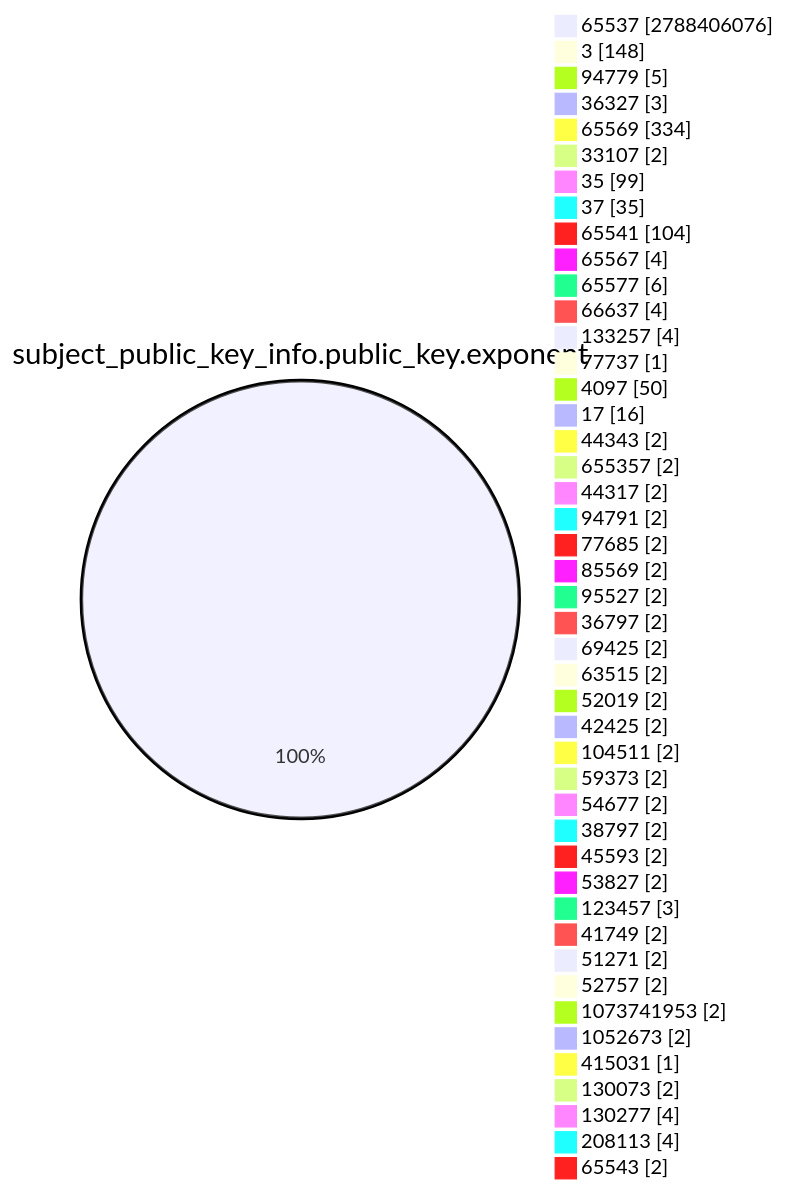
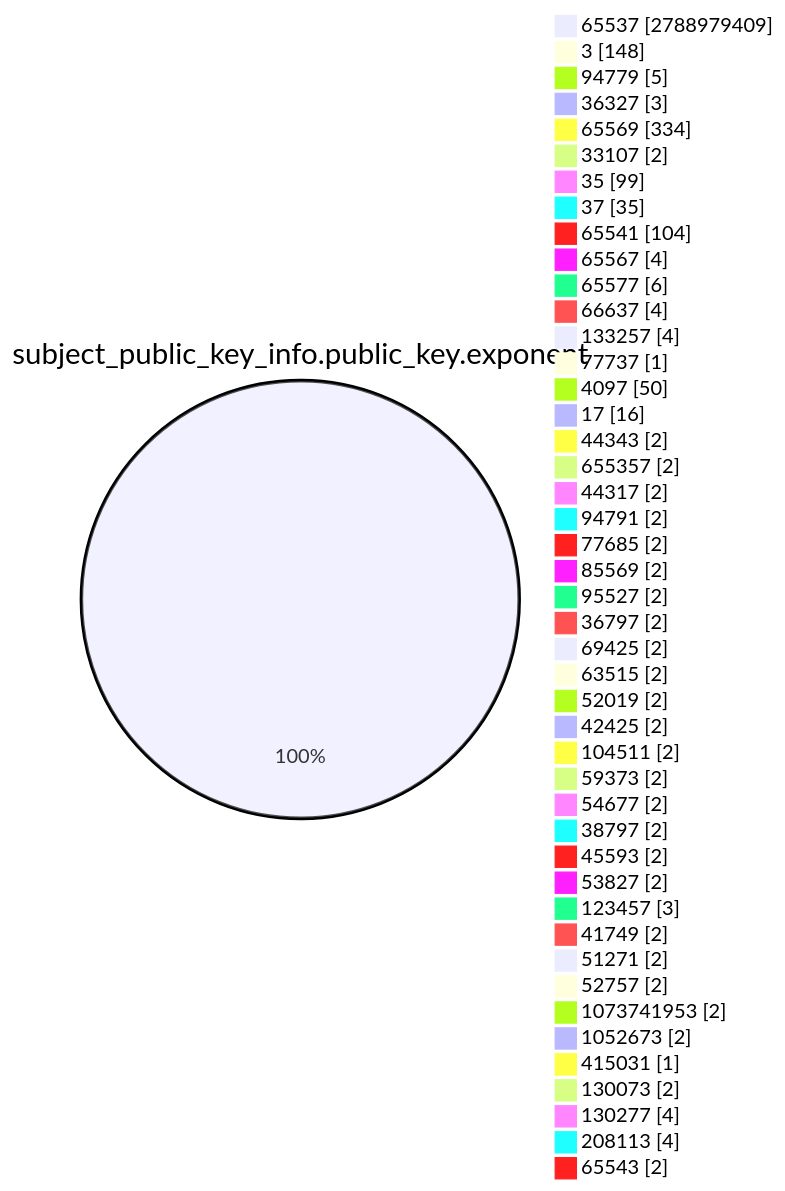
The fourth of 15 diagrams in TOTAL/README.md (christiankrug/ctmonitor_visualization), drawn with Mermaid before and after one commit. The commit also changed other lines of this file, not shown here.

````diff
--- a/TOTAL/README.md
+++ b/TOTAL/README.md
@@ -1467,49 +1467,49 @@
 ```mermaid
 pie showData
 title subject_public_key_info.public_key.exponent
-"65537" :2788406076
+"65537" :2788979409
 "3" :148
 "94779" :5
 "36327" :3
 "65569" :334
 "33107" :2
 "35" :99
 "37" :35
 "65541" :104
 "65567" :4
 "65577" :6
 "66637" :4
 "133257" :4
 "77737" :1
 "4097" :50
 "17" :16
 "44343" :2
 "655357" :2
 "44317" :2
 "94791" :2
 "77685" :2
 "85569" :2
 "95527" :2
 "36797" :2
 "69425" :2
 "63515" :2
 "52019" :2
 "42425" :2
 "104511" :2
 "59373" :2
 "54677" :2
 "38797" :2
 "45593" :2
 "53827" :2
 "123457" :3
 "41749" :2
 "51271" :2
 "52757" :2
 "1073741953" :2
 "1052673" :2
 "415031" :1
 "130073" :2
 "130277" :4
 "208113" :4
 "65543" :2
 ```
````
